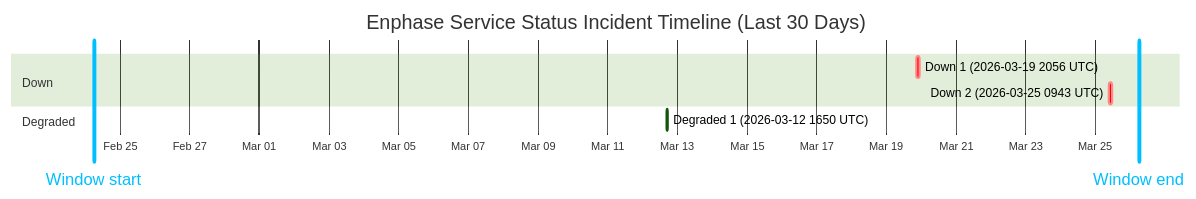
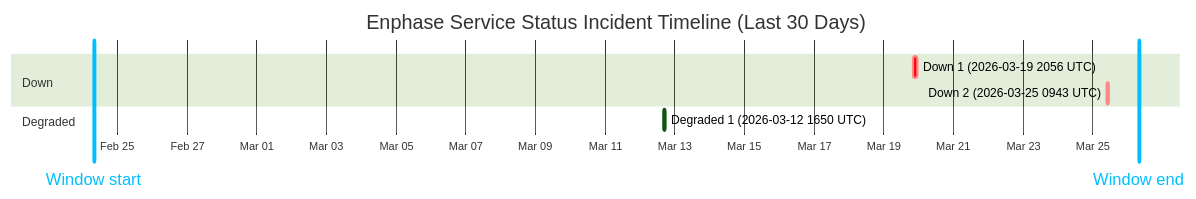
Before and after one commit to barneyonline/ha-enphase-ev-charger: the diagram in wiki/Service-Status-History.md, drawn with Mermaid (forest theme). The commit also changed other lines of this file and 3 other files, not shown here.

````diff
--- a/wiki/Service-Status-History.md
+++ b/wiki/Service-Status-History.md
@@ -14,13 +14,13 @@
 ```mermaid
 gantt
     title Enphase Service Status Incident Timeline (Last 30 Days)
     dateFormat  YYYY-MM-DDTHH:mm:ss
     axisFormat  %b %d
-    Window start :vert, window-start, 2026-02-24T06:06:33, 0ms
-    Window end :vert, window-end, 2026-03-26T06:06:33, 0ms
+    Window start :vert, window-start, 2026-02-24T07:55:46, 0ms
+    Window end :vert, window-end, 2026-03-26T07:55:46, 0ms
     section Down
     Down 1 (2026-03-19 2056 UTC) :crit, down-1, 2026-03-19T20:56:20, 145m
     Down 2 (2026-03-25 0943 UTC) :crit, down-2, 2026-03-25T09:43:28, 111m
     section Degraded
     Degraded 1 (2026-03-12 1650 UTC) :active, degraded-1, 2026-03-12T16:50:43, 60m
 ```
````
